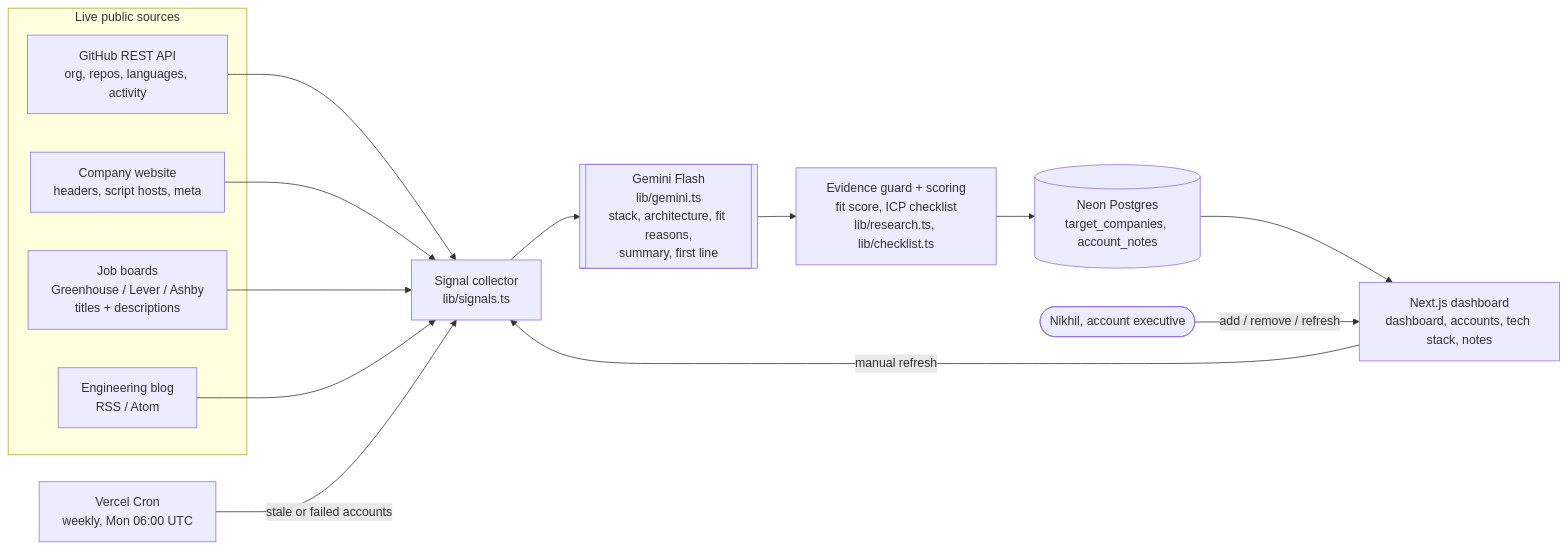
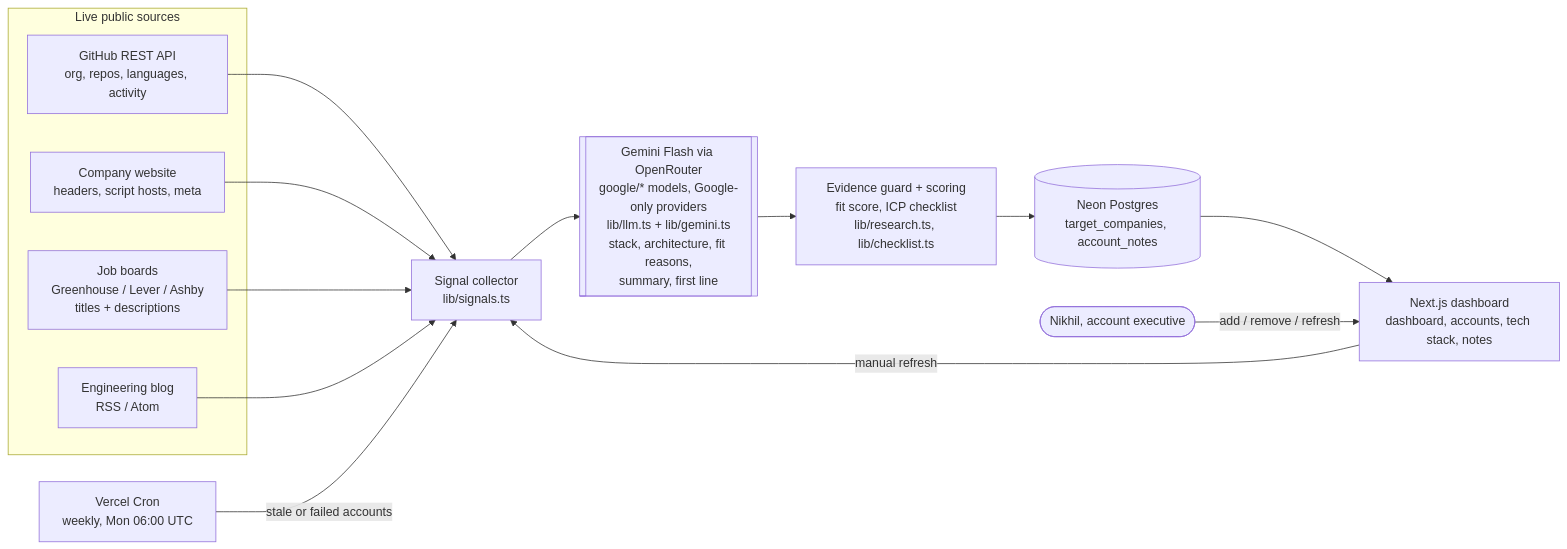
One commit to manasvinipant-cloud9/tech-stack-scout changed the diagram in docs/COMPONENTS_MAP.md. Above: the diagram before and after it, drawn with Mermaid. The commit also changed other lines of this file and 6 other files, not shown here.

Commit message:
Route AI through OpenRouter (google/* models, Google-only providers) with direct Gemini fallback

````diff
--- a/docs/COMPONENTS_MAP.md
+++ b/docs/COMPONENTS_MAP.md
@@ -3,26 +3,26 @@
 ```mermaid
 flowchart LR
   subgraph Sources[Live public sources]
     GH[GitHub REST API<br/>org, repos, languages, activity]
     WEB[Company website<br/>headers, script hosts, meta]
     JOBS[Job boards<br/>Greenhouse / Lever / Ashby<br/>titles + descriptions]
     BLOG[Engineering blog<br/>RSS / Atom]
   end
 
   CRON[Vercel Cron<br/>weekly, Mon 06:00 UTC]
   COL[Signal collector<br/>lib/signals.ts]
-  GEM[[Gemini Flash<br/>lib/gemini.ts<br/>stack, architecture, fit reasons,<br/>summary, first line]]
+  GEM[[Gemini Flash via OpenRouter<br/>google/* models, Google-only providers<br/>lib/llm.ts + lib/gemini.ts<br/>stack, architecture, fit reasons,<br/>summary, first line]]
   GUARD[Evidence guard + scoring<br/>fit score, ICP checklist<br/>lib/research.ts, lib/checklist.ts]
   DB[(Neon Postgres<br/>target_companies, account_notes)]
   UI[Next.js dashboard<br/>dashboard, accounts, tech stack, notes]
   USER([Nikhil, account executive])
 
   GH --> COL
   WEB --> COL
   JOBS --> COL
   BLOG --> COL
   CRON -->|stale or failed accounts| COL
   COL --> GEM --> GUARD --> DB --> UI
   USER -->|add / remove / refresh| UI
   UI -->|manual refresh| COL
 ```
````
